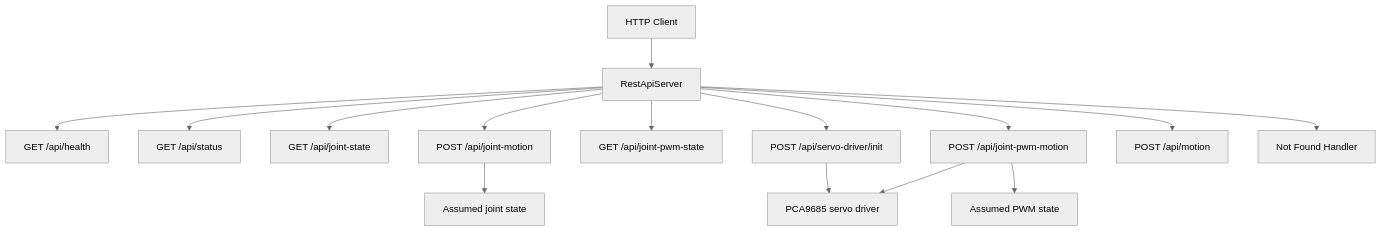
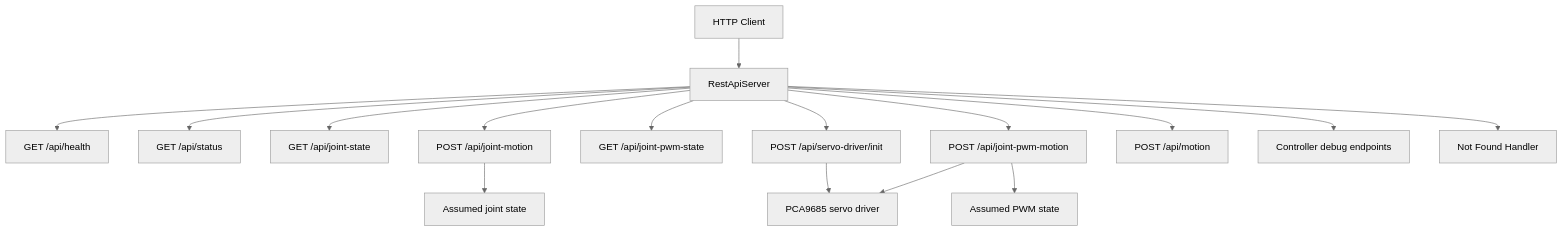
The first of 3 diagrams in doc/sw/rest_api.md (butz1999/inverse_kinematik), drawn with Mermaid (neutral theme) before and after one commit. The commit also changed other lines of this file and 1038 other files, not shown here.

````diff
--- a/doc/sw/rest_api.md
+++ b/doc/sw/rest_api.md
@@ -39,18 +43,19 @@
 ```mermaid
 flowchart TD
   Client[HTTP Client] --> Server[RestApiServer]
   Server --> Health["GET /api/health"]
   Server --> Status["GET /api/status"]
   Server --> JointState["GET /api/joint-state"]
   Server --> JointMotion["POST /api/joint-motion"]
   Server --> PwmState["GET /api/joint-pwm-state"]
   Server --> ServoInit["POST /api/servo-driver/init"]
   Server --> PwmMotion["POST /api/joint-pwm-motion"]
   Server --> Motion["POST /api/motion"]
+  Server --> Controller["Controller debug endpoints"]
   Server --> NotFound[Not Found Handler]
 
   JointMotion --> AssumedJointState[Assumed joint state]
   ServoInit --> Driver[PCA9685 servo driver]
   PwmMotion --> AssumedPwmState[Assumed PWM state]
   PwmMotion --> Driver
 ```
````
